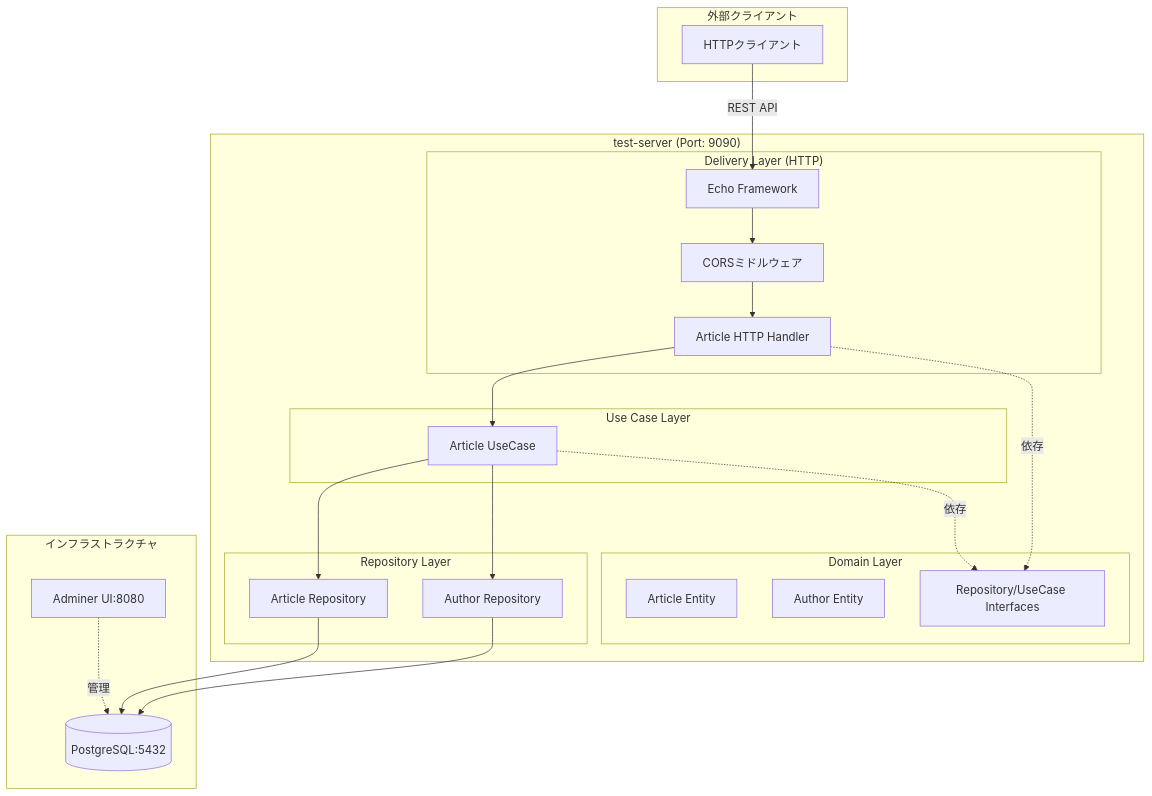
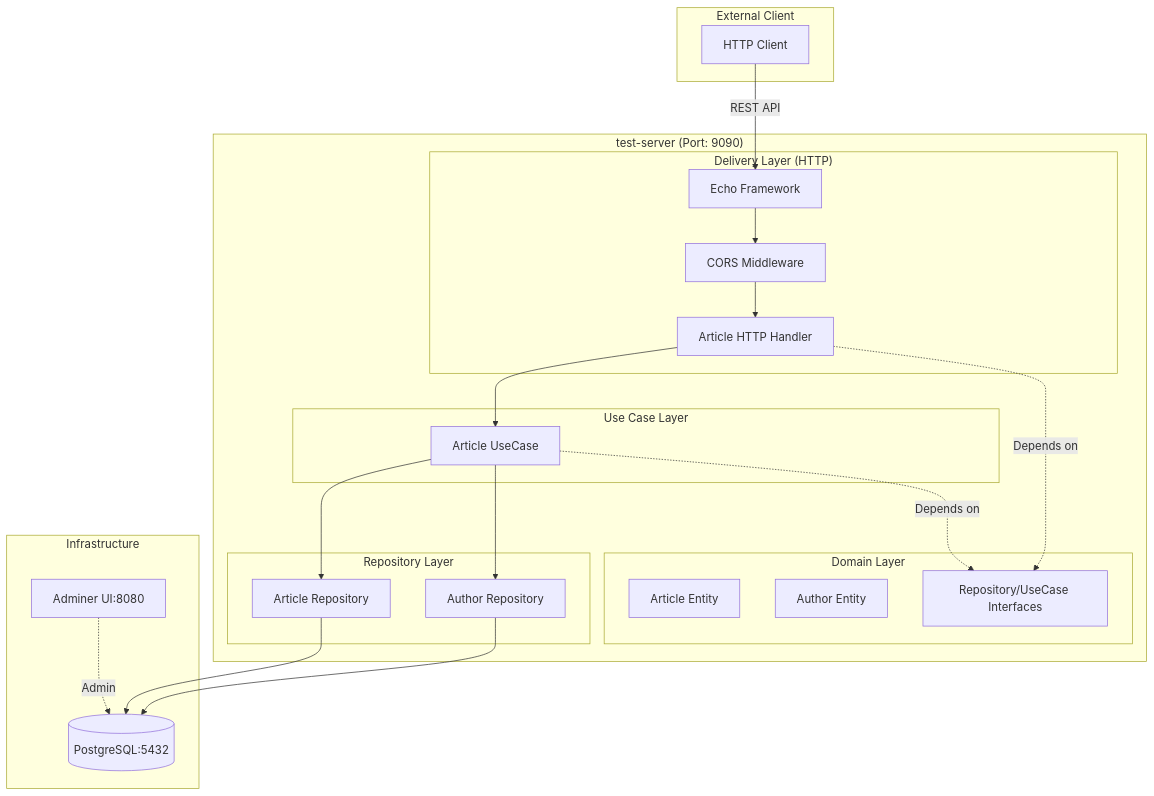
The first of 3 diagrams in docs/architecture.md (gr1m0h/test-server), drawn with Mermaid before and after one commit. The commit also changed other lines of this file and 3 other files, not shown here.

````diff
--- a/docs/architecture.md
+++ b/docs/architecture.md
@@ -9,47 +9,47 @@
 ```mermaid
 graph TB
-    subgraph "外部クライアント"
-        Client[HTTPクライアント]
+    subgraph "External Client"
+        Client[HTTP Client]
     end
 
     subgraph "test-server (Port: 9090)"
         subgraph "Delivery Layer (HTTP)"
             Echo[Echo Framework]
             Handler[Article HTTP Handler]
-            CORS[CORSミドルウェア]
+            CORS[CORS Middleware]
         end
 
         subgraph "Use Case Layer"
             ArticleUC[Article UseCase]
         end
 
         subgraph "Repository Layer"
             ArticleRepo[Article Repository]
             AuthorRepo[Author Repository]
         end
 
         subgraph "Domain Layer"
             ArticleEntity[Article Entity]
             AuthorEntity[Author Entity]
             Interfaces[Repository/UseCase Interfaces]
         end
     end
 
-    subgraph "インフラストラクチャ"
+    subgraph "Infrastructure"
         DB[(PostgreSQL:5432)]
         Adminer[Adminer UI:8080]
     end
 
     Client -->|REST API| Echo
     Echo --> CORS
     CORS --> Handler
     Handler --> ArticleUC
     ArticleUC --> ArticleRepo
     ArticleUC --> AuthorRepo
     ArticleRepo --> DB
     AuthorRepo --> DB
-    Adminer -.->|管理| DB
+    Adminer -.->|Admin| DB
 
-    ArticleUC -.->|依存| Interfaces
-    Handler -.->|依存| Interfaces
+    ArticleUC -.->|Depends on| Interfaces
+    Handler -.->|Depends on| Interfaces
 ```
````
